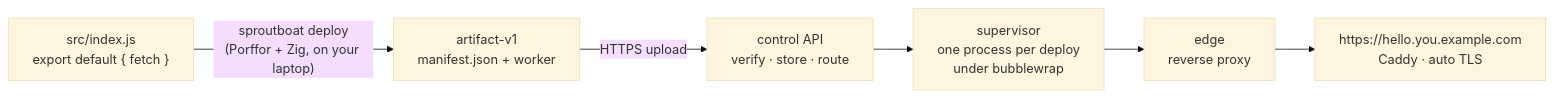
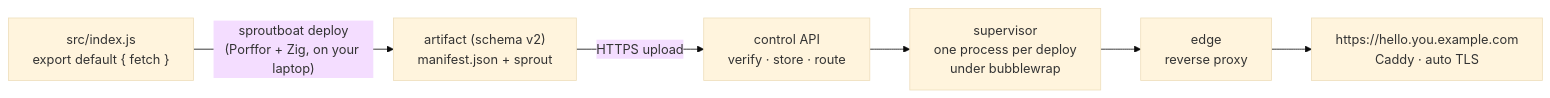
The diagram in README.md (baronunread/sproutboat), drawn with Mermaid (base theme) before and after one commit. The commit also changed other lines of this file, not shown here.

````diff
--- a/README.md
+++ b/README.md
@@ -27,8 +28,8 @@
 ```mermaid
 flowchart LR
-    A["src/index.js<br/>export default { fetch }"] -->|"sproutboat deploy<br/>(Porffor + Zig, on your laptop)"| B["artifact-v1<br/>manifest.json + worker"]
+    A["src/index.js<br/>export default { fetch }"] -->|"sproutboat deploy<br/>(Porffor + Zig, on your laptop)"| B["artifact (schema v2)<br/>manifest.json + sprout"]
     B -->|"HTTPS upload"| C["control API<br/>verify · store · route"]
     C --> D["supervisor<br/>one process per deploy<br/>under bubblewrap"]
     D --> E["edge<br/>reverse proxy"]
     E --> F["https://hello.you.example.com<br/>Caddy · auto TLS"]
 ```
````
